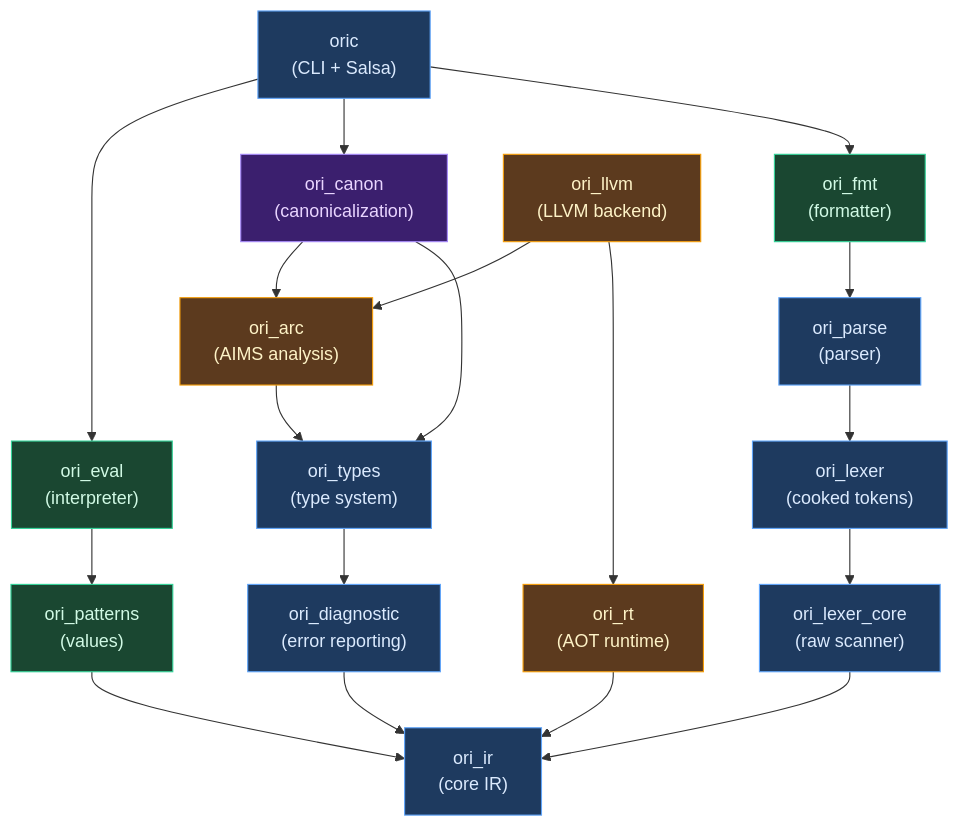
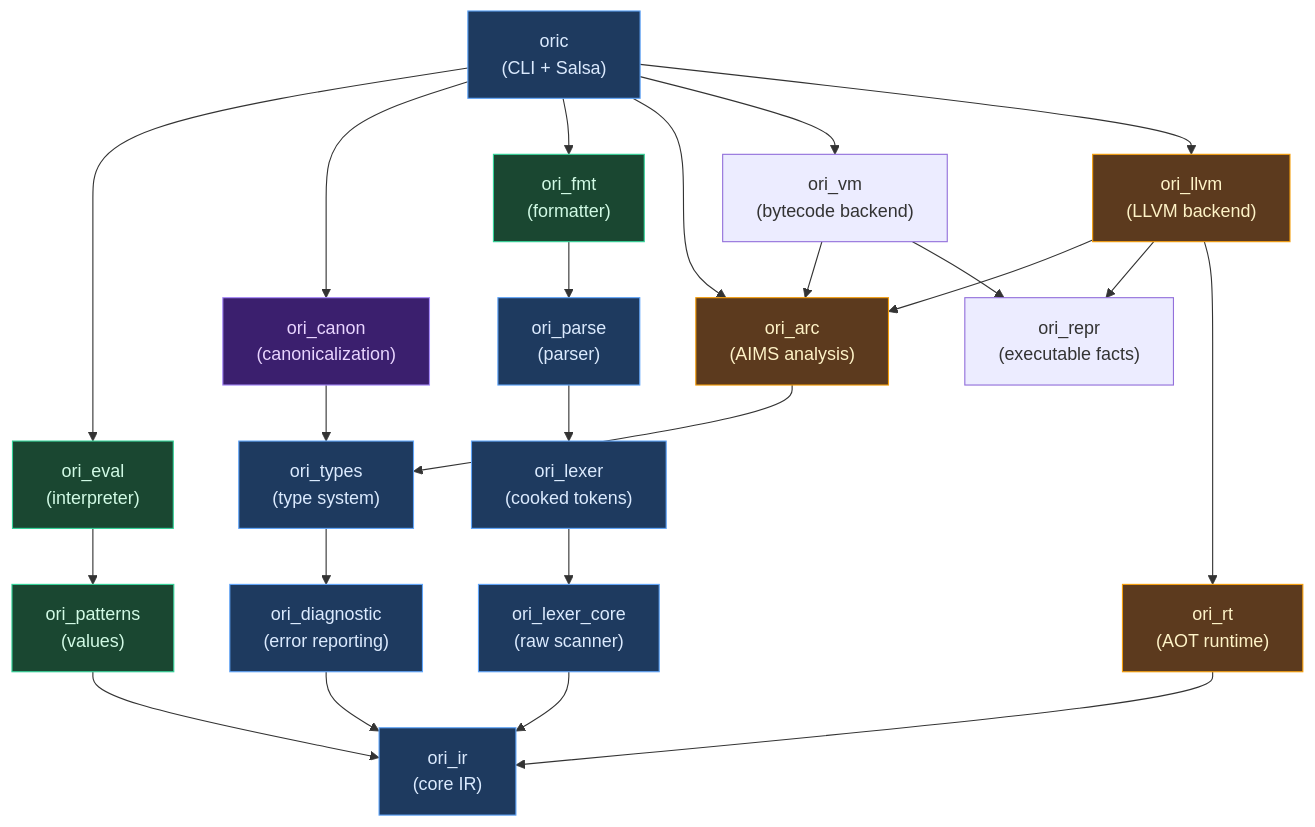
One commit to upstat-io/ori-lang changed the third of 3 diagrams in docs/compiler/design/01-architecture/index.md. Above: the diagram before and after it, drawn with Mermaid. The commit also changed other lines of this file and 686 other files, not shown here.

````diff
--- a/docs/compiler/design/01-architecture/index.md
+++ b/docs/compiler/design/01-architecture/index.md
@@ -255,48 +274,55 @@
 ```mermaid
 flowchart TB
     oric["oric
     (CLI + Salsa)"]
 
     oric --> ori_eval["ori_eval
     (interpreter)"]
     oric --> ori_canon["ori_canon
     (canonicalization)"]
     oric --> ori_fmt["ori_fmt
     (formatter)"]
+    oric --> ori_arc["ori_arc
+    (AIMS analysis)"]
+    oric --> ori_vm["ori_vm
+    (bytecode backend)"]
+    oric --> ori_llvm["ori_llvm
+    (LLVM backend)"]
 
     ori_eval --> ori_patterns["ori_patterns
     (values)"]
-    ori_canon --> ori_arc["ori_arc
-    (AIMS analysis)"]
     ori_canon --> ori_types["ori_types
     (type system)"]
-    ori_llvm["ori_llvm
-    (LLVM backend)"] --> ori_arc
+    ori_llvm --> ori_arc
+    ori_vm --> ori_arc
+    ori_vm --> ori_repr["ori_repr
+    (executable facts)"]
+    ori_llvm --> ori_repr
     ori_llvm --> ori_rt["ori_rt
     (AOT runtime)"]
     ori_arc --> ori_types
     ori_fmt --> ori_parse["ori_parse
     (parser)"]
 
     ori_types --> ori_diagnostic["ori_diagnostic
     (error reporting)"]
     ori_diagnostic --> ori_ir["ori_ir
     (core IR)"]
     ori_parse --> ori_lexer["ori_lexer
     (cooked tokens)"]
     ori_lexer --> ori_lexer_core["ori_lexer_core
     (raw scanner)"]
     ori_lexer_core --> ori_ir
     ori_patterns --> ori_ir
     ori_rt --> ori_ir
 
     classDef frontend fill:#1e3a5f,stroke:#60a5fa,color:#dbeafe
     classDef canon fill:#3b1f6e,stroke:#a78bfa,color:#e9d5ff
     classDef interpreter fill:#1a4731,stroke:#34d399,color:#d1fae5
     classDef native fill:#5c3a1e,stroke:#f59e0b,color:#fef3c7
 
     class oric,ori_parse,ori_lexer,ori_lexer_core,ori_types,ori_diagnostic,ori_ir frontend
     class ori_canon canon
     class ori_eval,ori_patterns,ori_fmt interpreter
     class ori_llvm,ori_arc,ori_rt native
 ```
````
